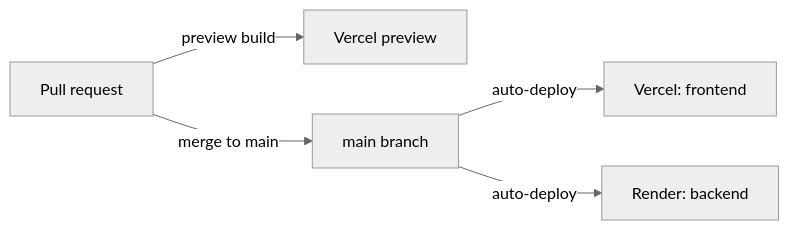
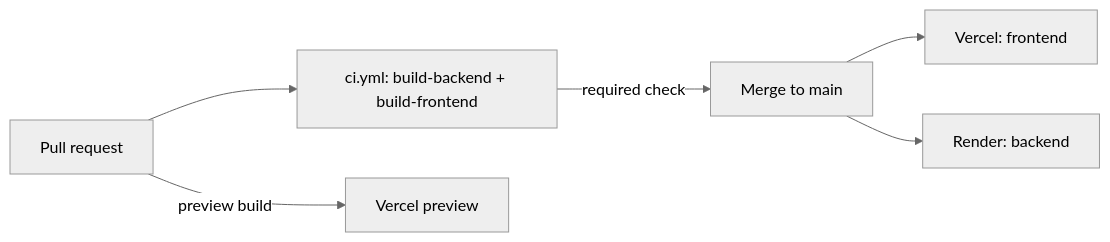
One commit to shivam-tamboli/momentum-trading-system changed the fifth of 5 diagrams in ARCHITECTURE.md. Above: the diagram before and after it, drawn with Mermaid (neutral theme). The commit also changed other lines of this file, not shown here.

Commit message:
docs: update CI/CD section in ARCHITECTURE.md to reflect ci.yml

````diff
--- a/ARCHITECTURE.md
+++ b/ARCHITECTURE.md
@@ -270,7 +270,8 @@
 ```mermaid
 flowchart LR
-    PR[Pull request] -->|preview build| Vercel1[Vercel preview]
-    PR -->|merge to main| Main[main branch]
-    Main -->|auto-deploy| Vercel2[Vercel: frontend]
-    Main -->|auto-deploy| Render[Render: backend]
+    PR[Pull request] --> CI["ci.yml: build-backend + build-frontend"]
+    PR -->|preview build| Vercel1[Vercel preview]
+    CI -->|required check| Merge[Merge to main]
+    Merge --> Vercel2[Vercel: frontend]
+    Merge --> Render[Render: backend]
 ```
````
